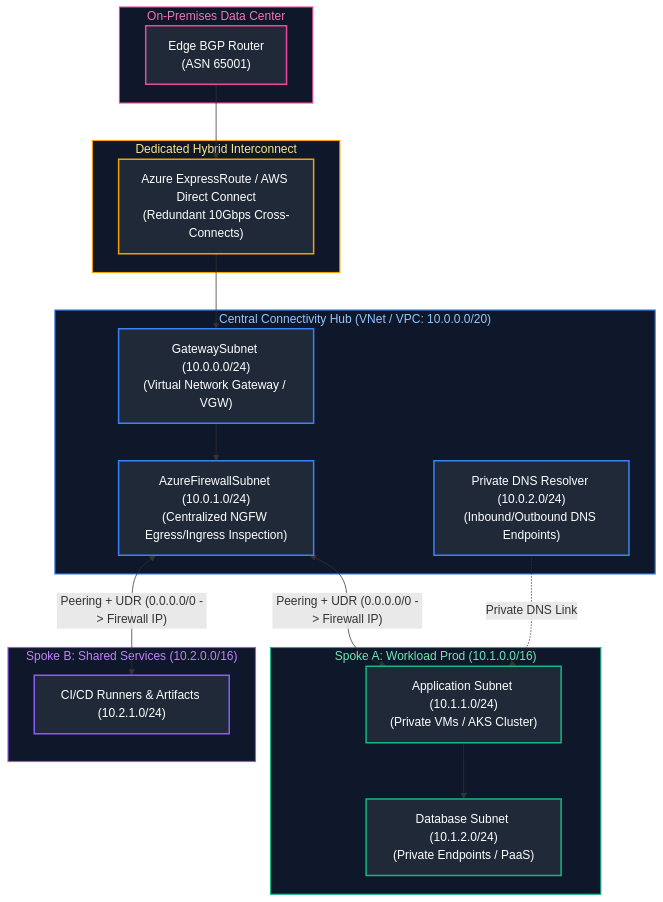
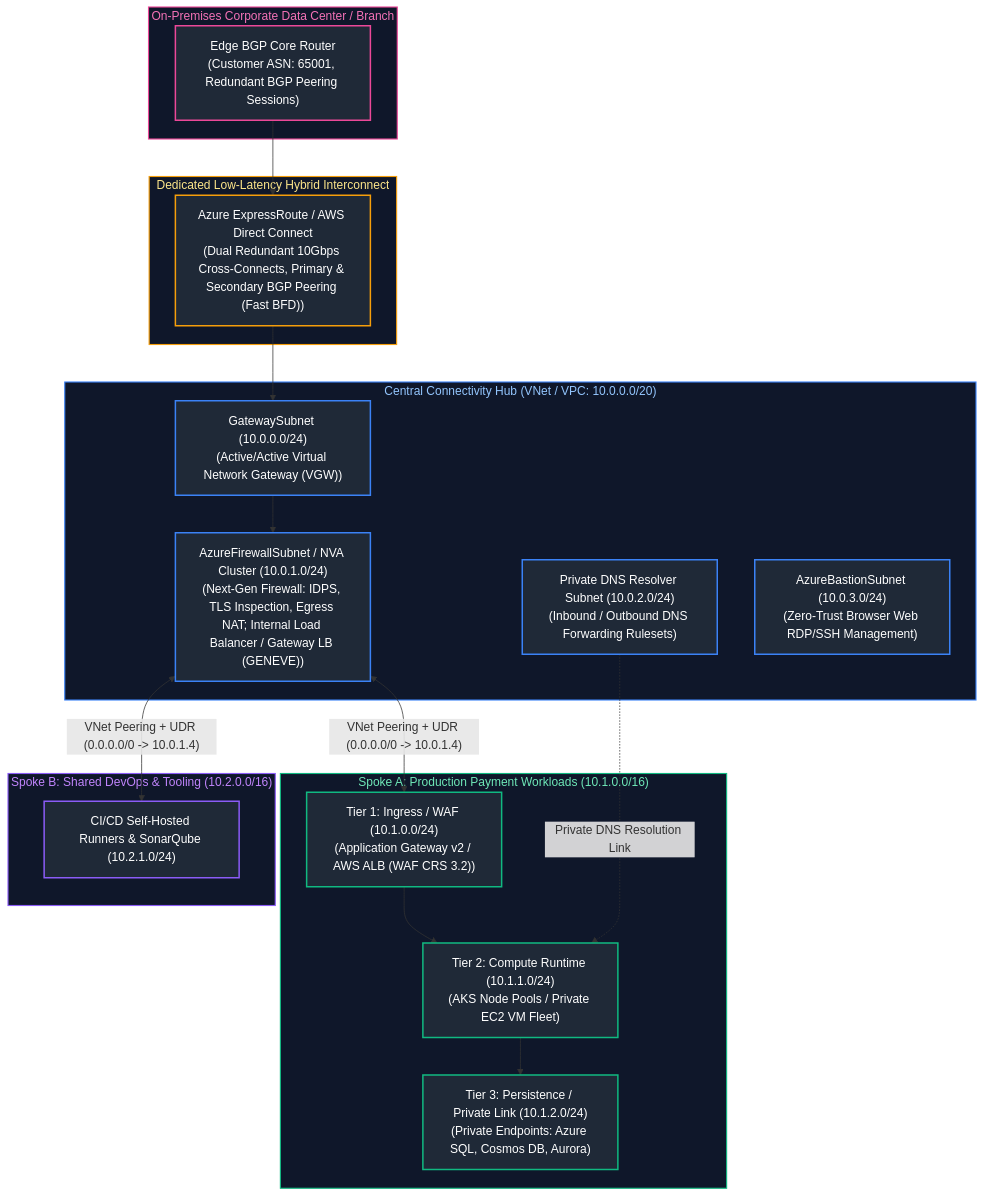
The first of 13 diagrams in Cloud Engineering/05_cloud_networking_and_infrastructure_design.md (joydeep-biswas/Interview-Preparation), drawn with Mermaid before and after one commit. The commit also changed other lines of this file and 143 other files, not shown here.

````diff
--- a/Cloud Engineering/05_cloud_networking_and_infrastructure_design.md
+++ b/Cloud Engineering/05_cloud_networking_and_infrastructure_design.md
@@ -9,49 +11,55 @@
 ```mermaid
 flowchart TD
-    subgraph OnPremises ["On-Premises Data Center"]
-        OnPremRouter["Edge BGP Router<br/>(ASN 65001)"]
+    subgraph OnPremises ["On-Premises Corporate Data Center / Branch"]
+        OnPremRouter["Edge BGP Core Router<br/>(Customer ASN: 65001, Redundant BGP Peering Sessions)"]
     end
 
-    subgraph HybridTransit ["Dedicated Hybrid Interconnect"]
-        Circuit["Azure ExpressRoute / AWS Direct Connect<br/>(Redundant 10Gbps Cross-Connects)"]
+    subgraph HybridTransit ["Dedicated Low-Latency Hybrid Interconnect"]
+        Circuit["Azure ExpressRoute / AWS Direct Connect<br/>(Dual Redundant 10Gbps Cross-Connects, Primary & Secondary BGP Peering (Fast BFD))"]
         OnPremRouter --> Circuit
     end
 
     subgraph HubNetwork ["Central Connectivity Hub (VNet / VPC: 10.0.0.0/20)"]
-        GatewaySubnet["GatewaySubnet (10.0.0.0/24)<br/>(Virtual Network Gateway / VGW)"]
-        FirewallSubnet["AzureFirewallSubnet (10.0.1.0/24)<br/>(Centralized NGFW Egress/Ingress Inspection)"]
-        PrivateDNSSubnet["Private DNS Resolver (10.0.2.0/24)<br/>(Inbound/Outbound DNS Endpoints)"]
+        GatewaySubnet["GatewaySubnet (10.0.0.0/24)<br/>(Active/Active Virtual Network Gateway (VGW))"]
+        FirewallSubnet["AzureFirewallSubnet / NVA Cluster (10.0.1.0/24)<br/>(Next-Gen Firewall: IDPS, TLS Inspection, Egress NAT; Internal Load Balancer / Gateway LB (GENEVE))"]
+        PrivateDNSSubnet["Private DNS Resolver Subnet (10.0.2.0/24)<br/>(Inbound / Outbound DNS Forwarding Rulesets)"]
+        BastionSubnet["AzureBastionSubnet (10.0.3.0/24)<br/>(Zero-Trust Browser Web RDP/SSH Management)"]
 
         Circuit --> GatewaySubnet
         GatewaySubnet --> FirewallSubnet
     end
 
-    subgraph SpokeWorkloadA ["Spoke A: Workload Prod (10.1.0.0/16)"]
-        AppSubnetA["Application Subnet (10.1.1.0/24)<br/>(Private VMs / AKS Cluster)"]
-        DBSubnetA["Database Subnet (10.1.2.0/24)<br/>(Private Endpoints / PaaS)"]
+    subgraph SpokeWorkloadA ["Spoke A: Production Payment Workloads (10.1.0.0/16)"]
+        IngressSubnetA["Tier 1: Ingress / WAF (10.1.0.0/24)<br/>(Application Gateway v2 / AWS ALB (WAF CRS 3.2))"]
+        AppSubnetA["Tier 2: Compute Runtime (10.1.1.0/24)<br/>(AKS Node Pools / Private EC2 VM Fleet)"]
+        DBSubnetA["Tier 3: Persistence / Private Link (10.1.2.0/24)<br/>(Private Endpoints: Azure SQL, Cosmos DB, Aurora)"]
+        
+        IngressSubnetA --> AppSubnetA
         AppSubnetA --> DBSubnetA
     end
 
-    subgraph SpokeWorkloadB ["Spoke B: Shared Services (10.2.0.0/16)"]
-        ToolsSubnet["CI/CD Runners & Artifacts (10.2.1.0/24)"]
+    subgraph SpokeWorkloadB ["Spoke B: Shared DevOps & Tooling (10.2.0.0/16)"]
+        ToolsSubnet["CI/CD Self-Hosted Runners & SonarQube (10.2.1.0/24)"]
     end
 
-    FirewallSubnet <-->|"Peering + UDR (0.0.0.0/0 -> Firewall IP)"| AppSubnetA
-    FirewallSubnet <-->|"Peering + UDR (0.0.0.0/0 -> Firewall IP)"| ToolsSubnet
-    PrivateDNSSubnet -.->|"Private DNS Link"| AppSubnetA
+    FirewallSubnet <-->|"VNet Peering + UDR (0.0.0.0/0 -> 10.0.1.4)"| IngressSubnetA
+    FirewallSubnet <-->|"VNet Peering + UDR (0.0.0.0/0 -> 10.0.1.4)"| ToolsSubnet
+    PrivateDNSSubnet -.->|"Private DNS Resolution Link"| AppSubnetA
 
     style OnPremises fill:#0f172a,stroke:#ec4899,stroke-width:1.5px,color:#f472b6
     style HybridTransit fill:#0f172a,stroke:#f59e0b,stroke-width:1.5px,color:#fde68a
     style HubNetwork fill:#0f172a,stroke:#3b82f6,stroke-width:1.5px,color:#93c5fd
     style SpokeWorkloadA fill:#0f172a,stroke:#10b981,stroke-width:1.5px,color:#6ee7b7
     style SpokeWorkloadB fill:#0f172a,stroke:#8b5cf6,stroke-width:1.5px,color:#c084fc
 
     style OnPremRouter fill:#1f2937,stroke:#ec4899,stroke-width:2px,color:#fff
     style Circuit fill:#1f2937,stroke:#f59e0b,stroke-width:2px,color:#fff
     style GatewaySubnet fill:#1f2937,stroke:#3b82f6,stroke-width:2px,color:#fff
     style FirewallSubnet fill:#1f2937,stroke:#3b82f6,stroke-width:2px,color:#fff
     style PrivateDNSSubnet fill:#1f2937,stroke:#3b82f6,stroke-width:2px,color:#fff
+    style BastionSubnet fill:#1f2937,stroke:#3b82f6,stroke-width:2px,color:#fff
+    style IngressSubnetA fill:#1f2937,stroke:#10b981,stroke-width:2px,color:#fff
     style AppSubnetA fill:#1f2937,stroke:#10b981,stroke-width:2px,color:#fff
     style DBSubnetA fill:#1f2937,stroke:#10b981,stroke-width:2px,color:#fff
     style ToolsSubnet fill:#1f2937,stroke:#8b5cf6,stroke-width:2px,color:#fff
 ```
````
